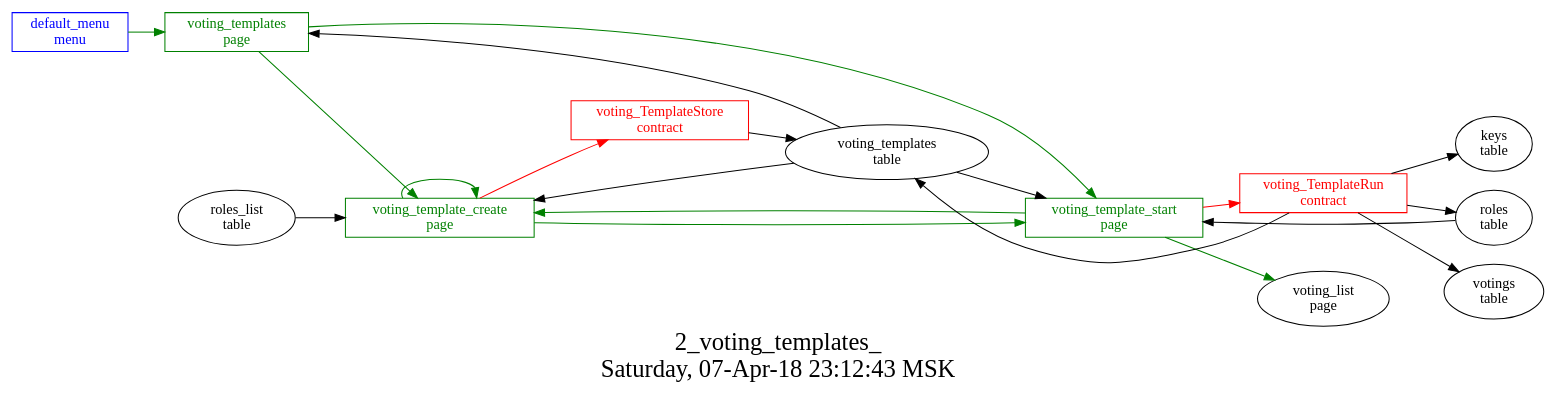
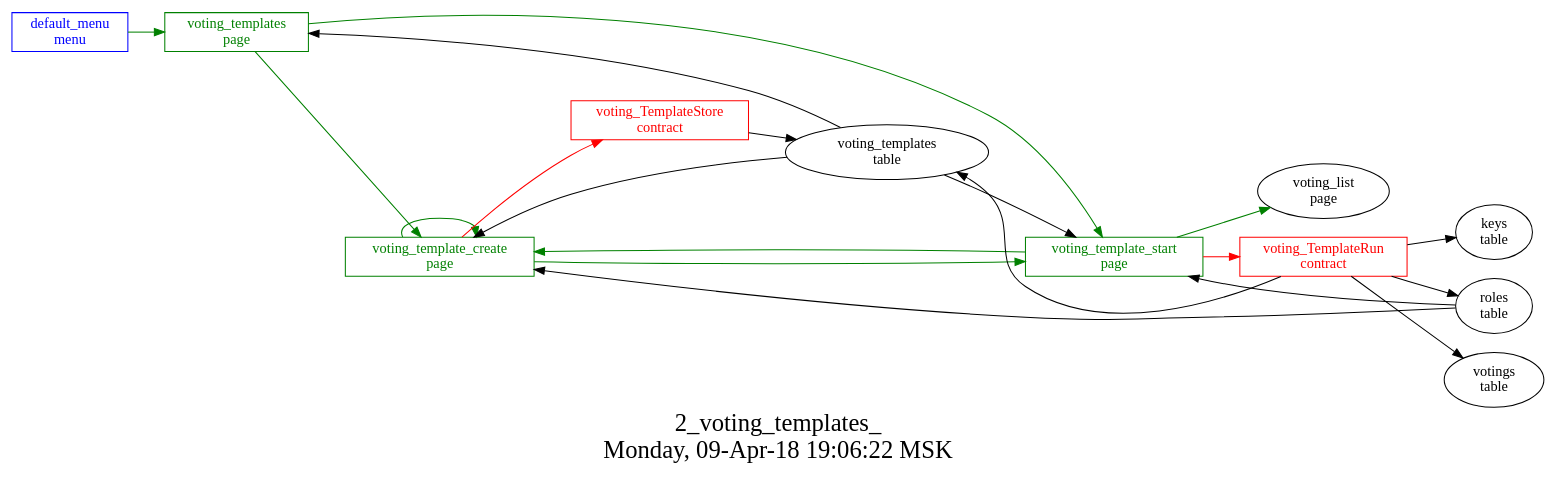
Before and after one commit to AplaProject/apps: the diagram in src/basic/basic_main/2_voting_templates_json/struct.dot, drawn with Graphviz. The commit also changed 21 other files, not shown here.

```diff
--- a/src/basic/basic_main/2_voting_templates_json/struct.dot
+++ b/src/basic/basic_main/2_voting_templates_json/struct.dot
@@ -1,36 +1,36 @@
 digraph G {
 graph [
   fontsize="24";
-  label="2_voting_templates_\nSaturday, 07-Apr-18 23:12:43 MSK";
+  label="2_voting_templates_\nMonday, 09-Apr-18 19:06:22 MSK";
   nojustify=true;
   ordering=out;
   rankdir=LR;
   size="30";
 ];
 "default_menu\nmenu" -> "voting_templates\npage"  [ color=green ]
 "default_menu\nmenu" [color=blue, fontcolor=blue, group=menus, shape=record];
 "voting_template_create\npage" -> "voting_TemplateStore\ncontract"  [ color=red ]
 "voting_templates\ntable" -> "voting_template_create\npage"  [ color="" ]
-"roles_list\ntable" -> "voting_template_create\npage"  [ color="" ]
+"roles\ntable" -> "voting_template_create\npage"  [ color="" ]
 "voting_template_create\npage" -> "voting_template_create\npage"  [ color=green ]
 "voting_template_create\npage" -> "voting_template_start\npage"  [ color=green ]
 "voting_template_create\npage" [color=green, fontcolor=green, group=pages, shape=record];
 "voting_template_start\npage" -> "voting_TemplateRun\ncontract"  [ color=red ]
 "voting_templates\ntable" -> "voting_template_start\npage"  [ color="" ]
 "roles\ntable" -> "voting_template_start\npage"  [ color="" ]
 "voting_template_start\npage" -> "voting_template_create\npage"  [ color=green ]
 "voting_template_start\npage" -> "voting_list\npage"  [ color=green ]
 "voting_template_start\npage" [color=green, fontcolor=green, group=pages, shape=record];
 "voting_templates\ntable" -> "voting_templates\npage"  [ color="" ]
 "voting_templates\npage" -> "voting_template_start\npage"  [ color=green ]
 "voting_templates\npage" -> "voting_template_create\npage"  [ color=green ]
 "voting_templates\npage" [color=green, fontcolor=green, group=pages, shape=record];
 "voting_TemplateRun\ncontract" -> "voting_templates\ntable"  [ color="" ]
 "voting_TemplateRun\ncontract" -> "keys\ntable"  [ color="" ]
 "voting_TemplateRun\ncontract" -> "roles\ntable"  [ color="" ]
 "voting_TemplateRun\ncontract" -> "votings\ntable"  [ color="" ]
 "voting_TemplateRun\ncontract" [color=red, fontcolor=red, group=contracts, shape=record];
 "voting_TemplateStore\ncontract" -> "voting_templates\ntable"  [ color="" ]
 "voting_TemplateStore\ncontract" [color=red, fontcolor=red, group=contracts, shape=record];
 "voting_templates\ntable" [color="", fontcolor="", group=tables, shape=""];
 }
```
